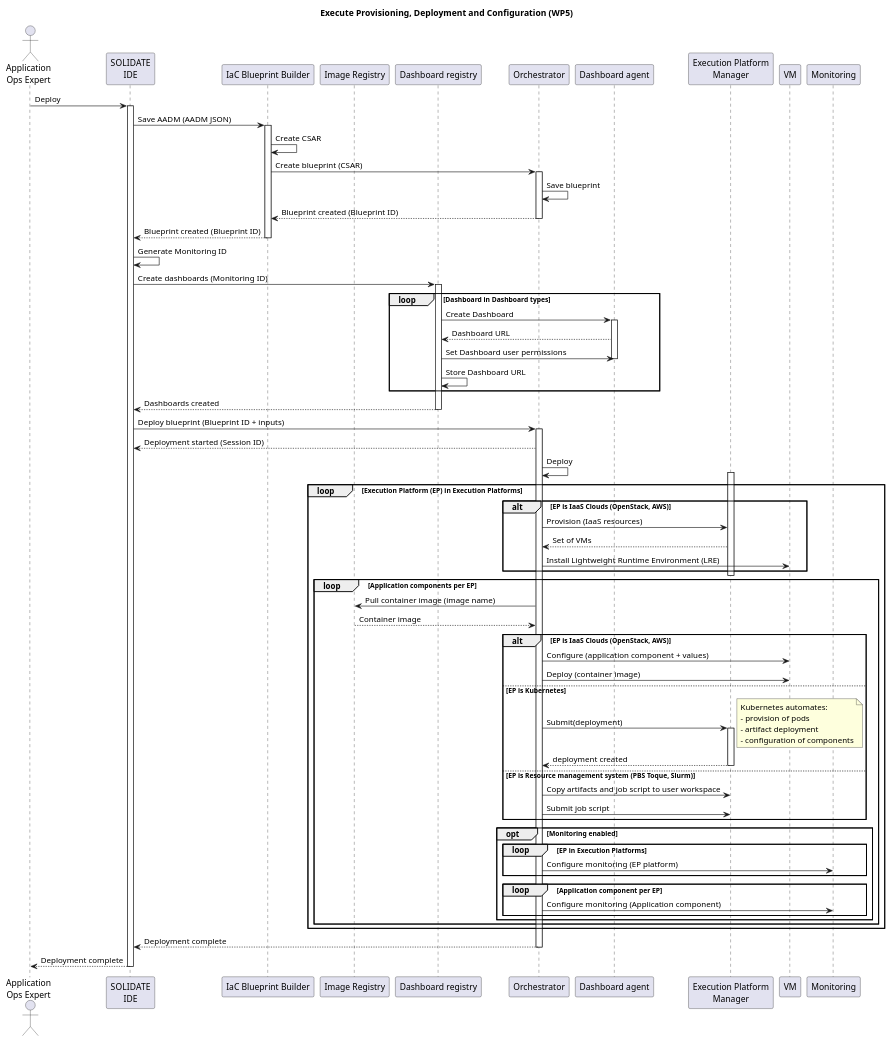
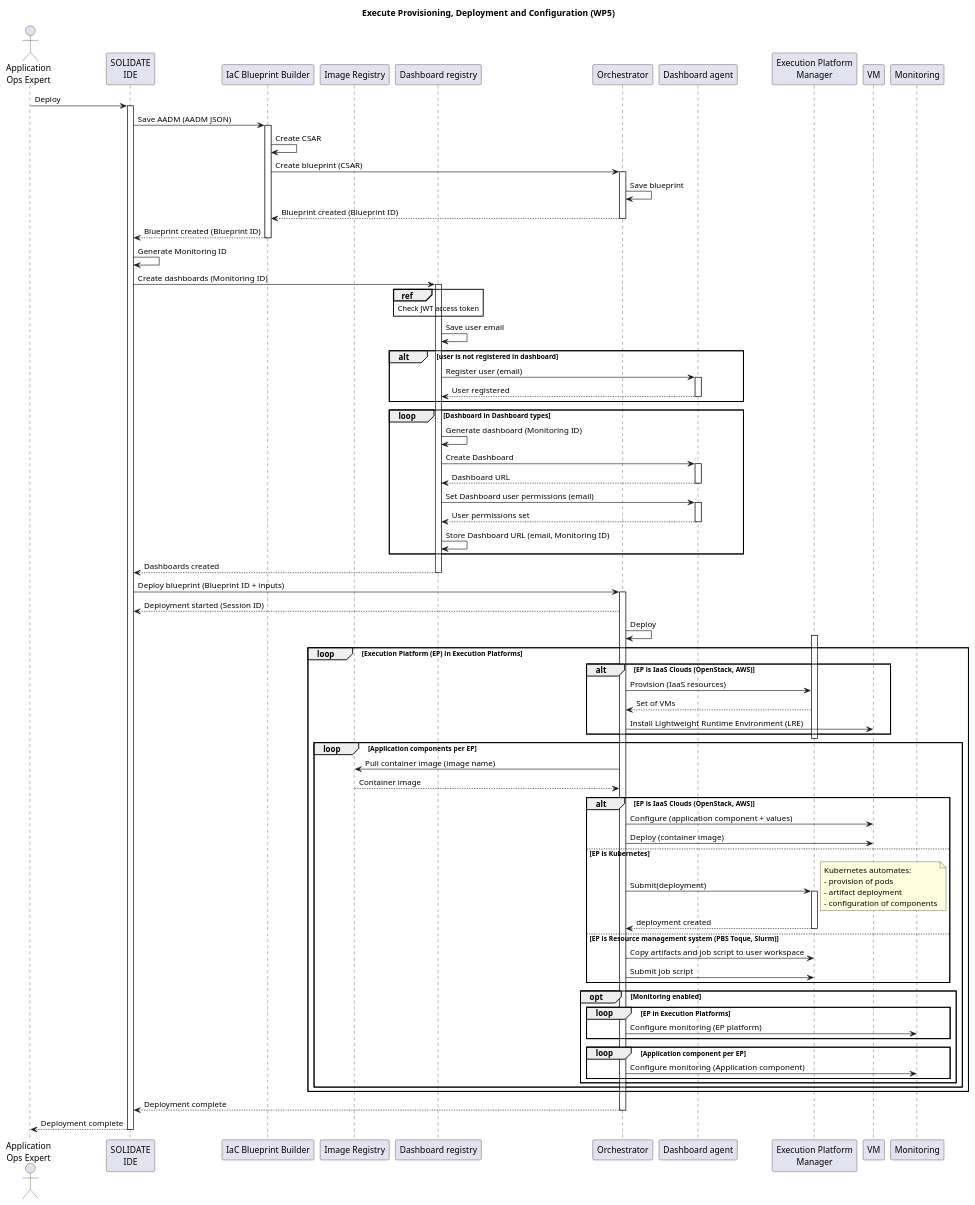
The diagram in uml/sequence-diagrams/UC-06-ExecuteProvisioningDeploymentAndConfiguration-WP5.puml (SODALITE-EU/project-wide-documentation), drawn with PlantUML before and after one commit. The commit also changed 2 other files, not shown here.

Commit message:
Updated monitoring components sequences in UC6 and UC8. Added Web Login to security

```diff
--- a/uml/sequence-diagrams/UC-06-ExecuteProvisioningDeploymentAndConfiguration-WP5.puml
+++ b/uml/sequence-diagrams/UC-06-ExecuteProvisioningDeploymentAndConfiguration-WP5.puml
@@ -1,100 +1,115 @@
 @startuml
 
 title Execute Provisioning, Deployment and Configuration (WP5)
 
 actor "Application\nOps Expert" as ops
 participant "SOLIDATE\nIDE" as ide
 participant "IaC Blueprint Builder" as builder
 participant "Image Registry" as imagereg
 participant "Dashboard registry" as registry
 participant  Orchestrator as orch
 participant "Dashboard agent" as dash
 participant "Execution Platform\nManager" as res
 participant "VM" as VM
 participant "Monitoring" as mon
 
 
 ops->ide: Deploy
 activate ide
 ide->builder: Save AADM (AADM JSON)
 activate builder
 builder->builder: Create CSAR
 builder->orch: Create blueprint (CSAR)
 activate orch
 orch->orch: Save blueprint
 orch-->builder: Blueprint created (Blueprint ID)
 deactivate orch
 builder-->ide: Blueprint created (Blueprint ID)
 deactivate builder
 ide -> ide: Generate Monitoring ID
 ide -> registry: Create dashboards (Monitoring ID)
 activate registry
+ref over registry: Check JWT access token
+registry -> registry: Save user email
+
+alt user is not registered in dashboard
+	    registry -> dash: Register user (email)
+	    activate dash
+	    dash --> registry: User registered
+	    deactivate dash
+end
+
 loop Dashboard in Dashboard types
-registry -> dash: Create Dashboard
-activate dash
-dash --> registry: Dashboard URL
-registry -> dash: Set Dashboard user permissions
-deactivate dash
-registry -> registry: Store Dashboard URL
+	registry -> registry: Generate dashboard (Monitoring ID)
+	registry -> dash: Create Dashboard
+	activate dash
+	dash --> registry: Dashboard URL
+	deactivate dash
+	registry -> dash: Set Dashboard user permissions (email)
+	activate dash
+	dash --> registry: User permissions set
+	deactivate dash
+	registry -> registry: Store Dashboard URL (email, Monitoring ID)
+	
 end
 registry --> ide: Dashboards created
 deactivate registry
 ide->orch: Deploy blueprint (Blueprint ID + inputs)
 activate orch
 orch-->ide: Deployment started (Session ID)
 orch->orch: Deploy
 
 loop Execution Platform (EP) in Execution Platforms
 
   activate res
   alt EP is IaaS Clouds (OpenStack, AWS)
     orch->res: Provision (IaaS resources)
     res-->orch: Set of VMs
     orch->VM: Install Lightweight Runtime Environment (LRE)
   end
   deactivate res
 
   loop Application components per EP
 
     orch->imagereg: Pull container image (image name)
     imagereg-->orch: Container image
 
     alt EP is IaaS Clouds (OpenStack, AWS)
       orch->VM: Configure (application component + values)
       orch->VM: Deploy (container image)
     else EP is Kubernetes
       orch->res: Submit(deployment)
       activate res
         note right
           Kubernetes automates:
           - provision of pods
           - artifact deployment
           - configuration of components
         end note
         res-->orch: deployment created
       deactivate res
 
     else EP is Resource management system (PBS Toque, Slurm)
       orch->res: Copy artifacts and job script to user workspace
       orch->res: Submit job script
     end
 
     opt Monitoring enabled
       loop EP in Execution Platforms
       orch->mon: Configure monitoring (EP platform)
       end
       loop Application component per EP
       orch->mon: Configure monitoring (Application component)
       end
     end
 
   end
 end
 
 orch-->ide: Deployment complete
 deactivate orch
 ide-->ops: Deployment complete
 deactivate ide
 
 
 @enduml
```
